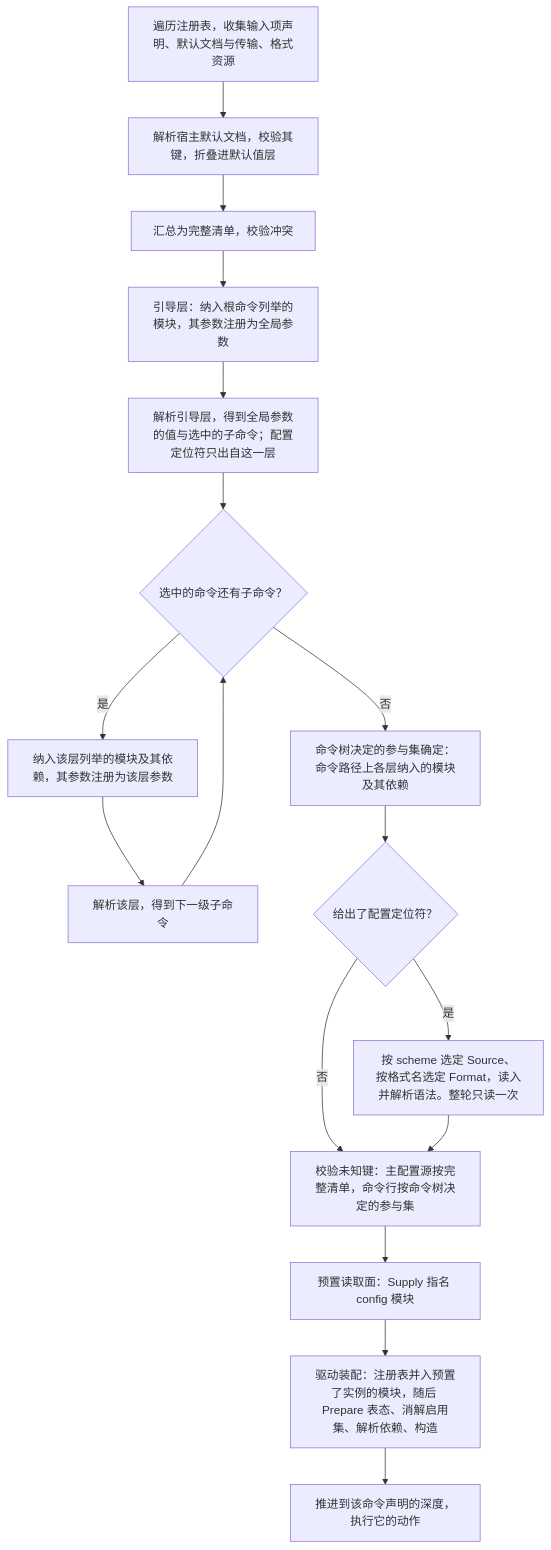
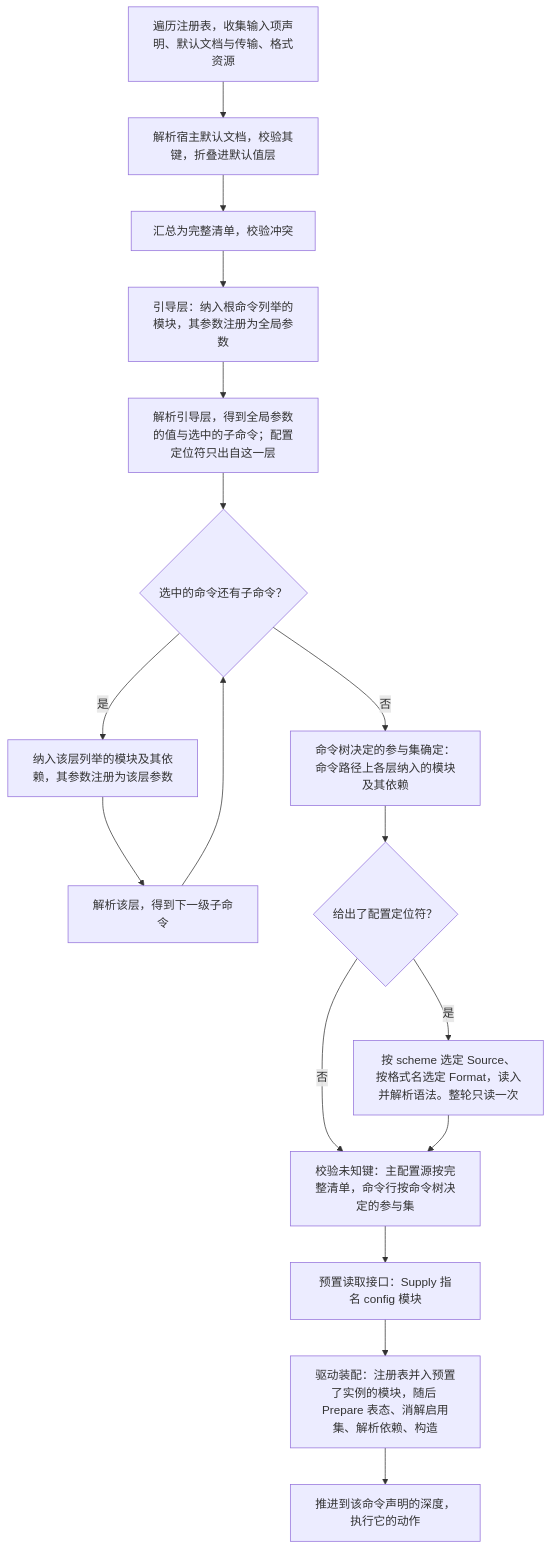
Before and after one commit to wangzw/speed: the second of 2 diagrams in docs/design/modules/design-config.md, drawn with Mermaid. The commit also changed other lines of this file and 328 other files, not shown here.

````diff
--- a/docs/design/modules/design-config.md
+++ b/docs/design/modules/design-config.md
@@ -405,19 +405,19 @@
 ```mermaid
 flowchart TD
     collect["遍历注册表，收集输入项声明、默认文档与传输、格式资源"] --> document["解析宿主默认文档，校验其键，折叠进默认值层"]
     document --> merge["汇总为完整清单，校验冲突"]
     merge --> boot["引导层：纳入根命令列举的模块，其参数注册为全局参数"]
     boot --> first["解析引导层，得到全局参数的值与选中的子命令；配置定位符只出自这一层"]
     first --> leaf{"选中的命令还有子命令？"}
     leaf -- 是 --> descend["纳入该层列举的模块及其依赖，其参数注册为该层参数"]
     descend --> next["解析该层，得到下一级子命令"]
     next --> leaf
     leaf -- 否 --> settle["命令树决定的参与集确定：命令路径上各层纳入的模块及其依赖"]
     settle --> locator{"给出了配置定位符？"}
     locator -- 是 --> read["按 scheme 选定 Source、按格式名选定 Format，读入并解析语法。整轮只读一次"]
     locator -- 否 --> unknown
     read --> unknown["校验未知键：主配置源按完整清单，命令行按命令树决定的参与集"]
-    unknown --> supply["预置读取面：Supply 指名 config 模块"]
+    unknown --> supply["预置读取接口：Supply 指名 config 模块"]
     supply --> drive["驱动装配：注册表并入预置了实例的模块，随后 Prepare 表态、消解启用集、解析依赖、构造"]
     drive --> act["推进到该命令声明的深度，执行它的动作"]
 ```
````
